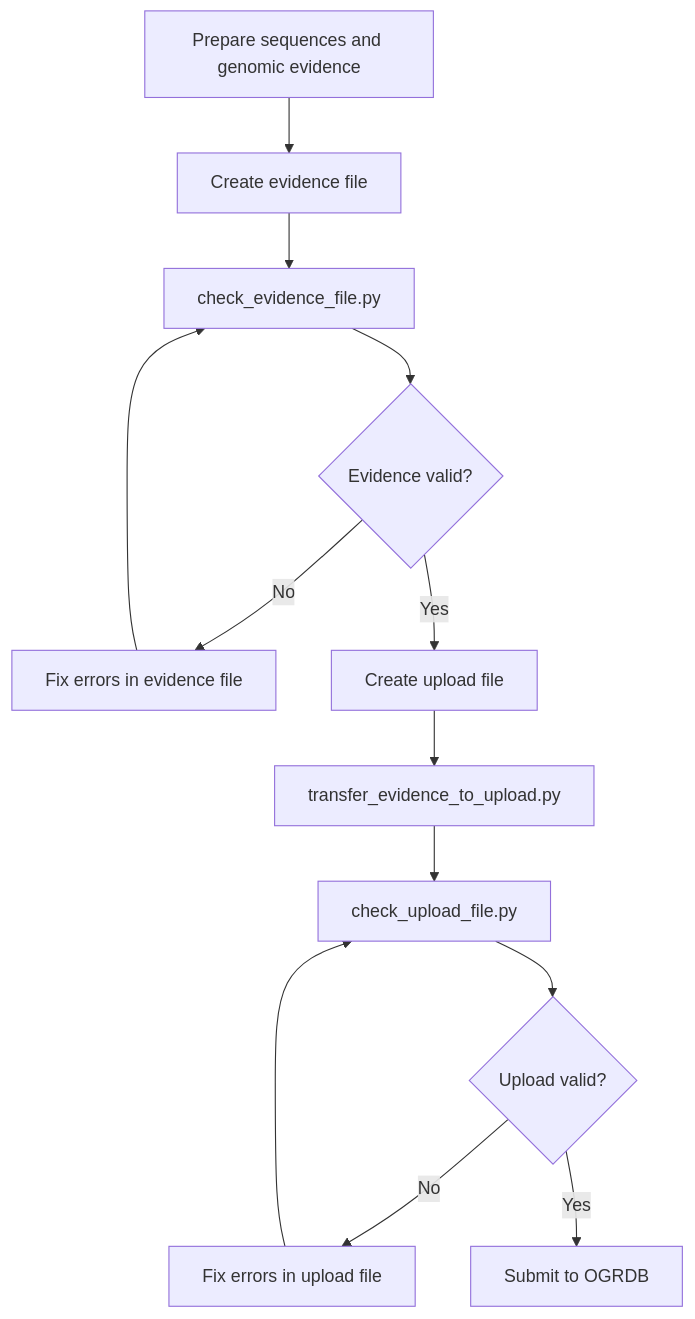
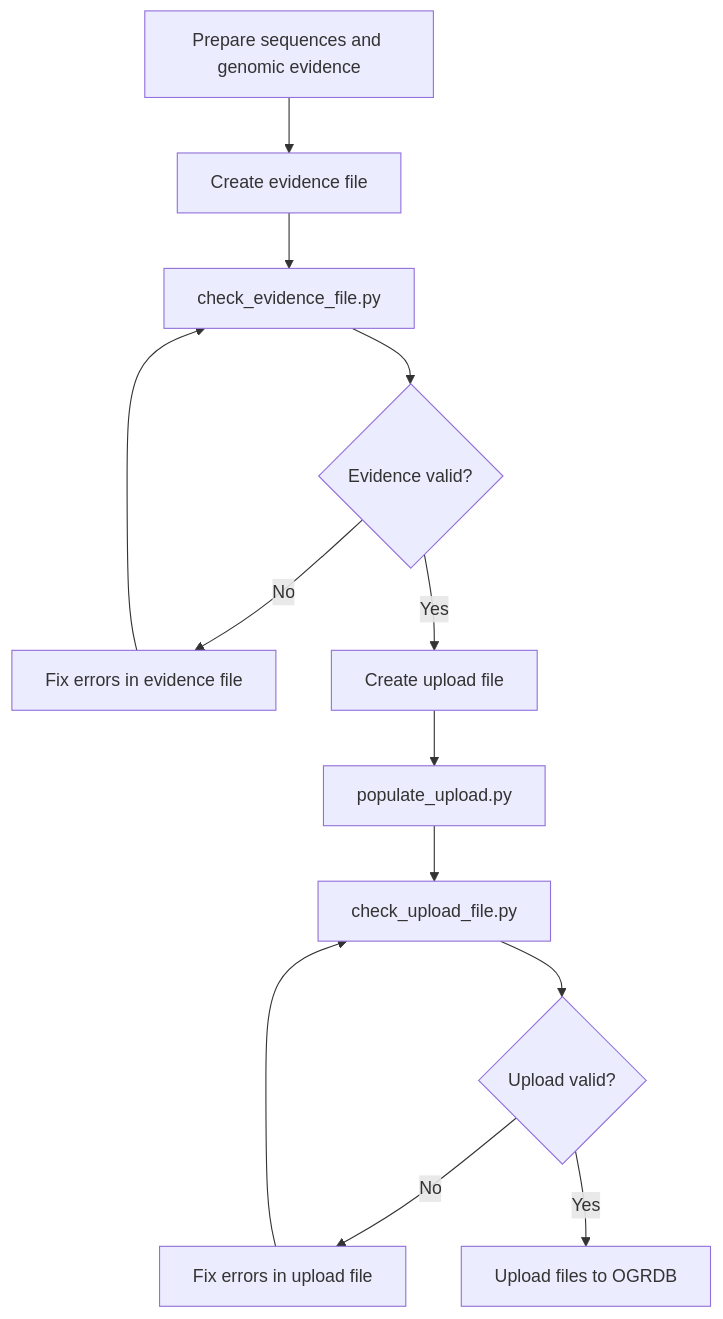
One commit to airr-community/ogrdb_contrib changed the diagram in README.md. Above: the diagram before and after it, drawn with Mermaid.

Commit message:
Minor fixes

````diff
--- a/README.md
+++ b/README.md
@@ -33,15 +33,15 @@
 ```mermaid
 graph TD
     A[Prepare sequences and genomic evidence] --> B[Create evidence file]
     B --> C[check_evidence_file.py]
     C --> D{Evidence valid?}
     D -->|No| E[Fix errors in evidence file]
     E --> C
     D -->|Yes| F[Create upload file]
-    F --> G[transfer_evidence_to_upload.py]
+    F --> G[populate_upload.py]
     G --> H[check_upload_file.py]
     H --> I{Upload valid?}
     I -->|No| J[Fix errors in upload file]
     J --> H
-    I -->|Yes| K[Submit to OGRDB]
+    I -->|Yes| K[Upload files to OGRDB]
 ```
````
